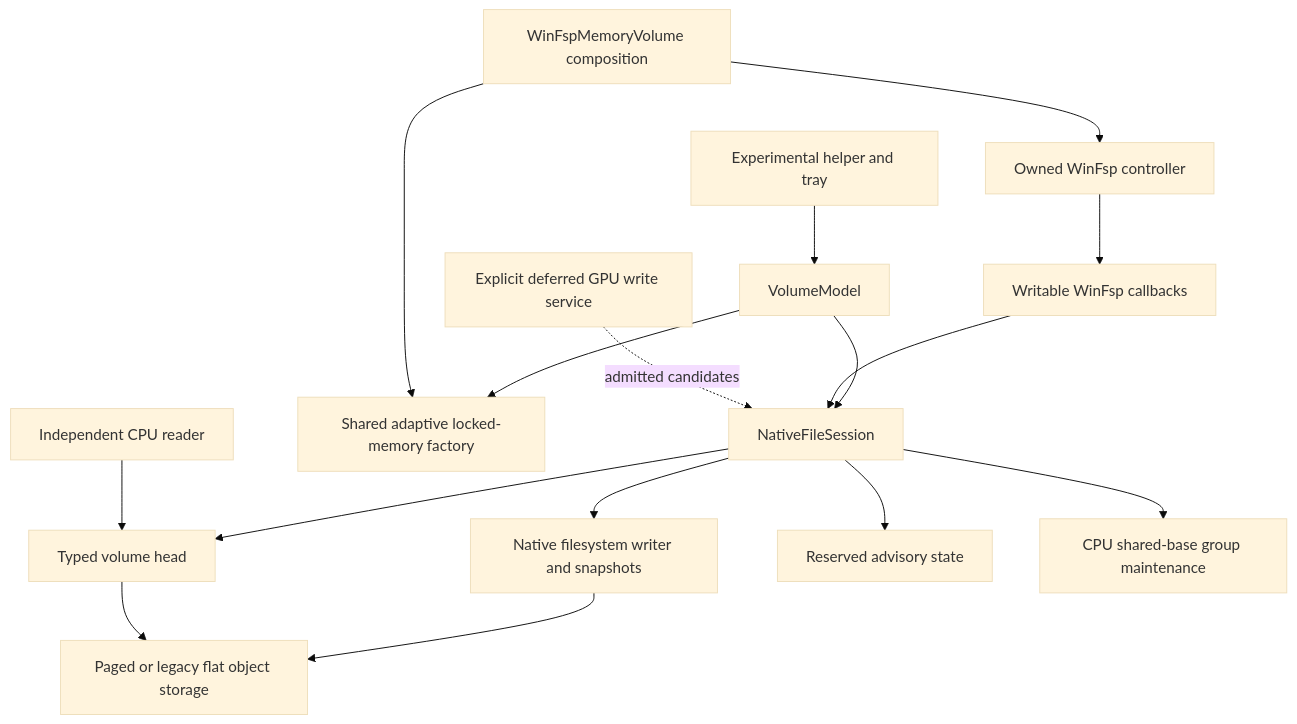
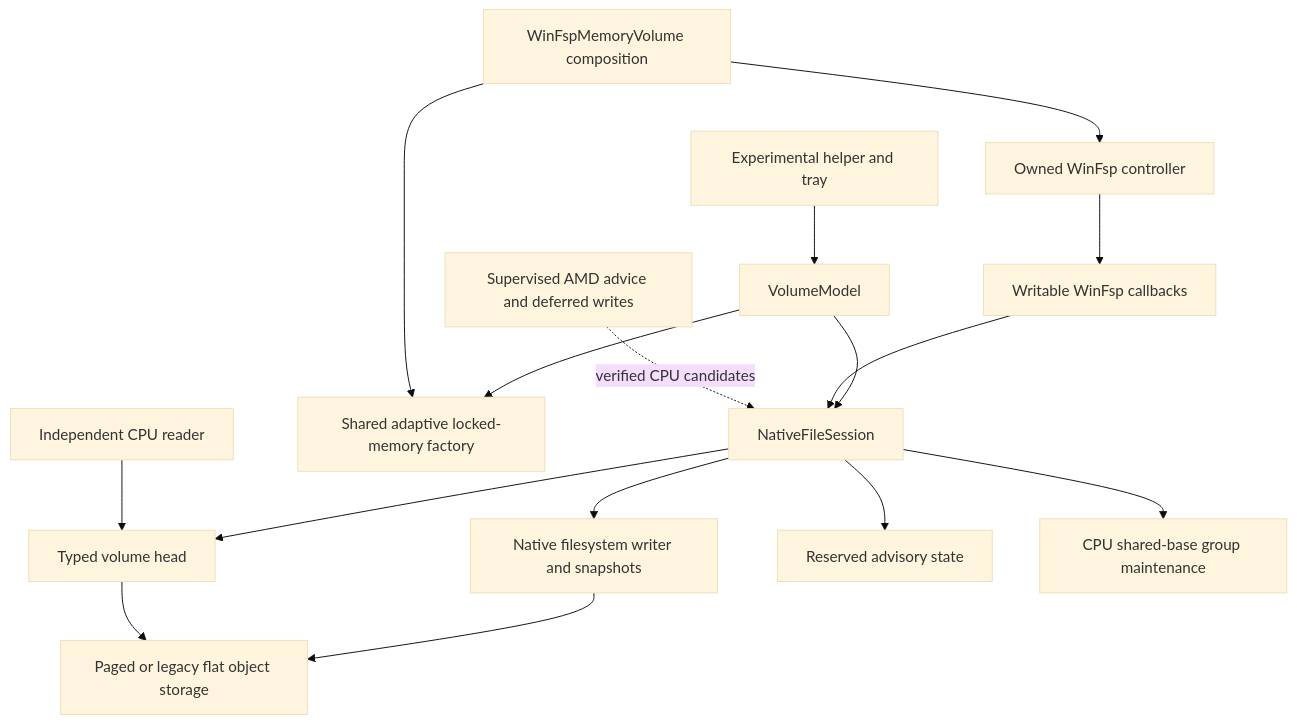
One commit to strmt7/FlitzFS changed the diagram in docs/REPOSITORY_OVERVIEW.md. Above: the diagram before and after it, drawn with Mermaid (base theme). The commit also changed other lines of this file and 21 other files, not shown here.

````diff
--- a/docs/REPOSITORY_OVERVIEW.md
+++ b/docs/REPOSITORY_OVERVIEW.md
@@ -61,18 +82,18 @@
 ```mermaid
 flowchart TD
   GUI[Experimental helper and tray] --> VM[VolumeModel]
   WC[WinFspMemoryVolume composition] --> CT[Owned WinFsp controller]
   CT --> SDK[Writable WinFsp callbacks]
   VM --> S[NativeFileSession]
   SDK --> S
   S --> N[Native filesystem writer and snapshots]
   N --> P[Paged or legacy flat object storage]
   S --> H[Typed volume head]
   S --> A[Reserved advisory state]
   VM --> B[Shared adaptive locked-memory factory]
   WC --> B
   S --> G[CPU shared-base group maintenance]
-  D[Explicit deferred GPU write service] -. admitted candidates .-> S
+  D[Supervised AMD advice and deferred writes] -. verified CPU candidates .-> S
   R[Independent CPU reader] --> H
   H --> P
 ```
````
